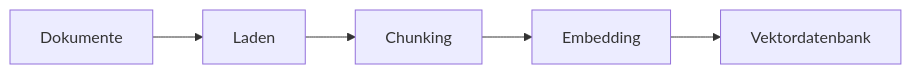
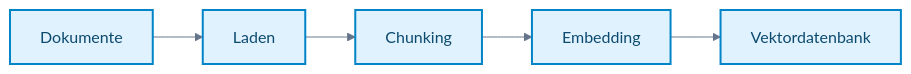
One commit to ralf-42/GenAI changed the first of 2 diagrams in docs/05-prompting-rag/rag-konzepte.md. Above: the diagram before and after it, drawn with Mermaid. The commit also changed other lines of this file and 25 other files, not shown here.

````diff
--- a/docs/05-prompting-rag/rag-konzepte.md
+++ b/docs/05-prompting-rag/rag-konzepte.md
@@ -64,7 +64,27 @@
 ```mermaid
+---
+config:
+  theme: base
+  look: classic
+  themeVariables:
+    primaryColor: '#e0f2fe'
+    primaryBorderColor: '#0284c7'
+    primaryTextColor: '#1e293b'
+    lineColor: '#64748b'
+    clusterBkg: '#f8fafc'
+    clusterBorder: '#cbd5e1'
+    noteBkgColor: '#fef3c7'
+    noteBorderColor: '#d97706'
+    noteTextColor: '#78350f'
+    edgeLabelBackground: '#ffffff'
+---
+
 flowchart LR
     A[Dokumente] --> B[Laden]
     B --> C[Chunking]
     C --> D[Embedding]
     D --> E[Vektordatenbank]
+
+%% Funktionsfarben nach Mermaid_Best_Practices.md
+classDef default fill:#e0f2fe,stroke:#0284c7,stroke-width:2px,color:#0c4a6e;
 ```
````
